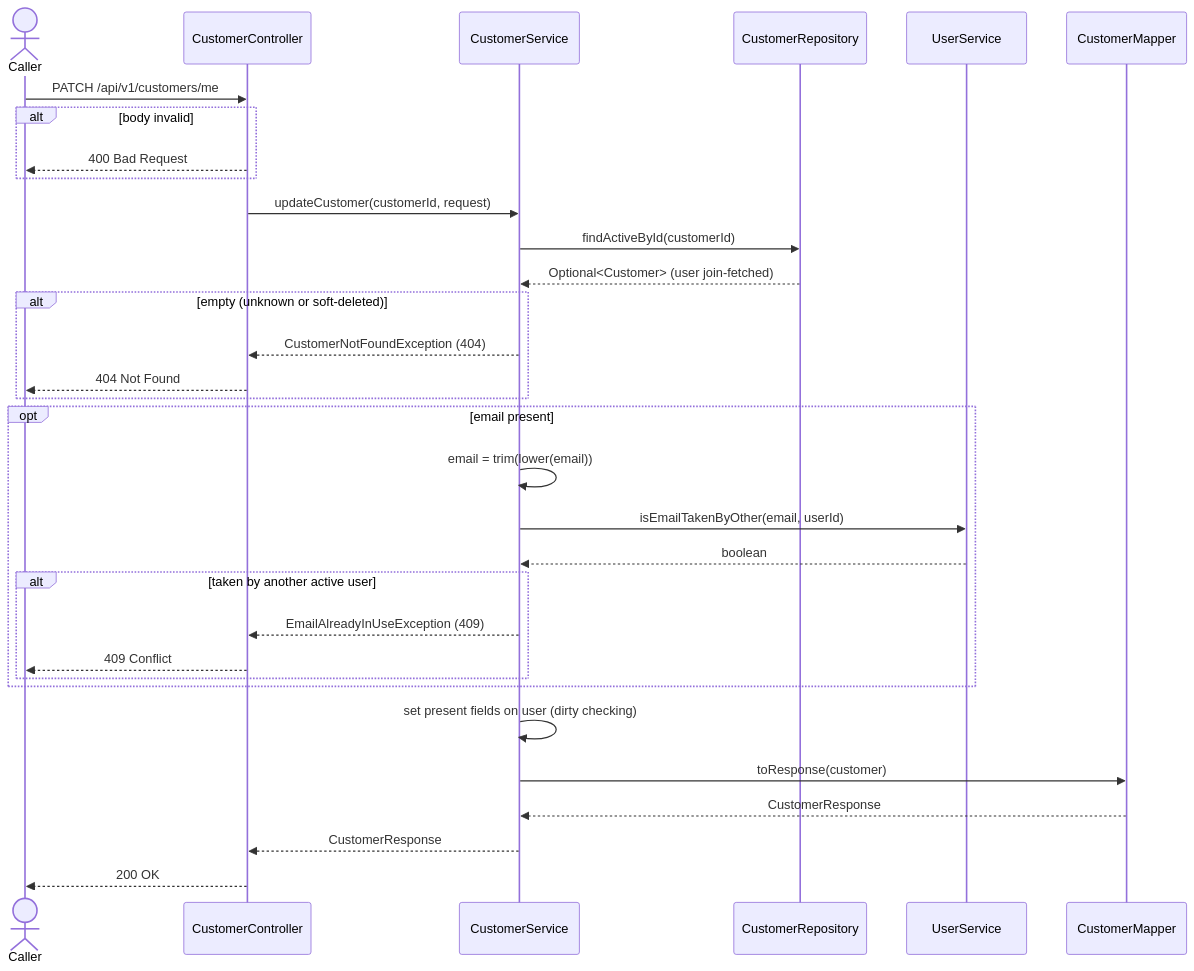
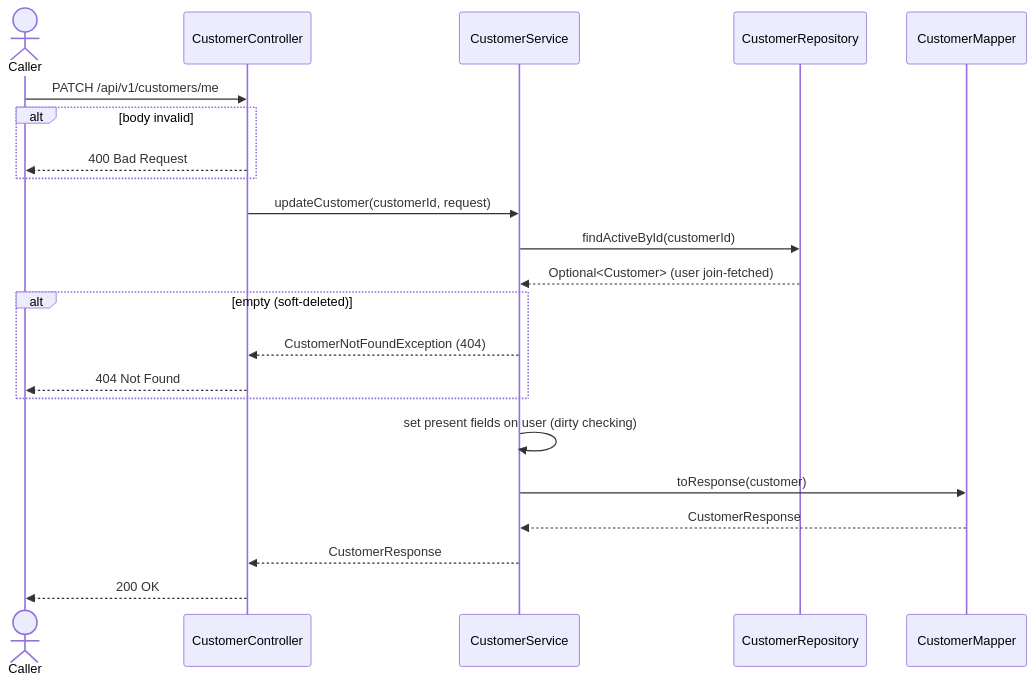
Before and after one commit to msmohammed0077-cmd/mentorship-restaurant: the diagram in restaurant/.docs/use-cases/customer-management/update-customer/update-customer.md, drawn with Mermaid. The commit also changed other lines of this file and 9 other files, not shown here.

````diff
--- a/restaurant/.docs/use-cases/customer-management/update-customer/update-customer.md
+++ b/restaurant/.docs/use-cases/customer-management/update-customer/update-customer.md
@@ -189,35 +108,25 @@
 ```mermaid
 sequenceDiagram
     actor Caller
     participant C as CustomerController
     participant H as CustomerService
     participant CR as CustomerRepository
-    participant US as UserService
     participant M as CustomerMapper
 
     Caller->>C: PATCH /api/v1/customers/me
     alt body invalid
         C-->>Caller: 400 Bad Request
     end
     C->>H: updateCustomer(customerId, request)
     H->>CR: findActiveById(customerId)
     CR-->>H: Optional<Customer> (user join-fetched)
-    alt empty (unknown or soft-deleted)
+    alt empty (soft-deleted)
         H-->>C: CustomerNotFoundException (404)
         C-->>Caller: 404 Not Found
-    end
-    opt email present
-        H->>H: email = trim(lower(email))
-        H->>US: isEmailTakenByOther(email, userId)
-        US-->>H: boolean
-        alt taken by another active user
-            H-->>C: EmailAlreadyInUseException (409)
-            C-->>Caller: 409 Conflict
-        end
     end
     H->>H: set present fields on user (dirty checking)
     H->>M: toResponse(customer)
     M-->>H: CustomerResponse
     H-->>C: CustomerResponse
     C-->>Caller: 200 OK
 ```
````
